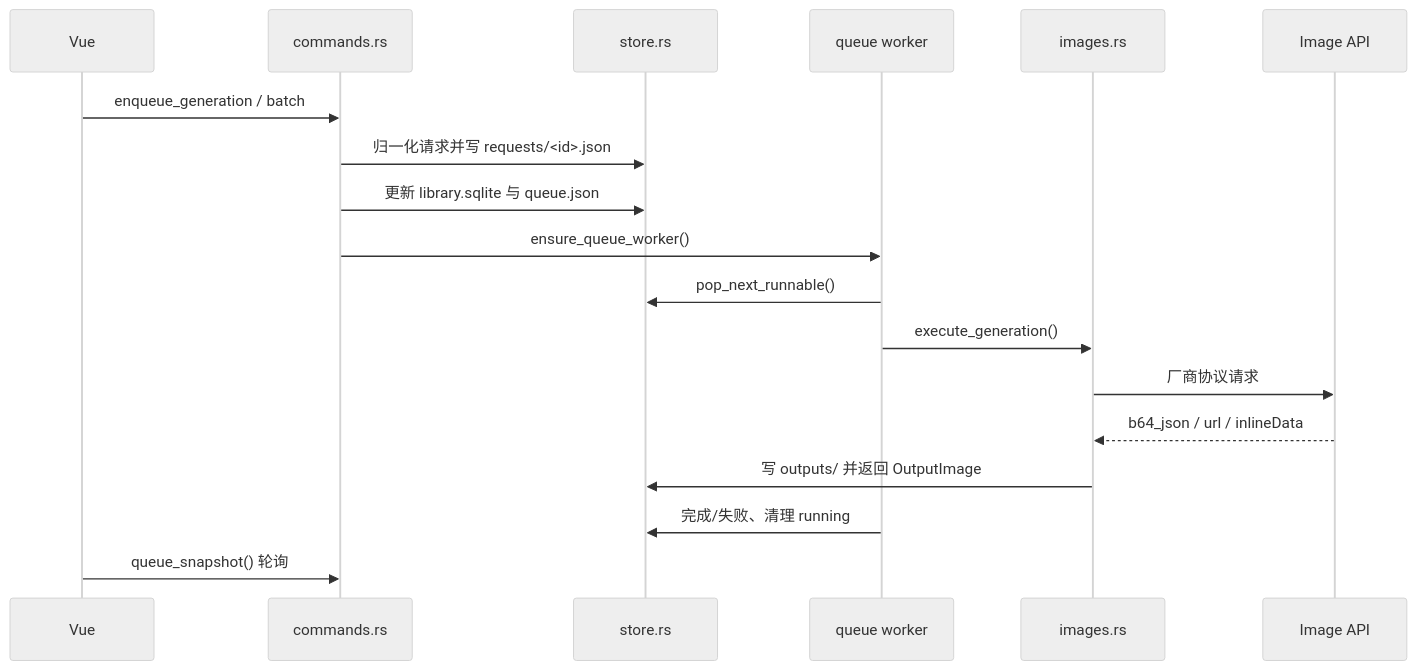
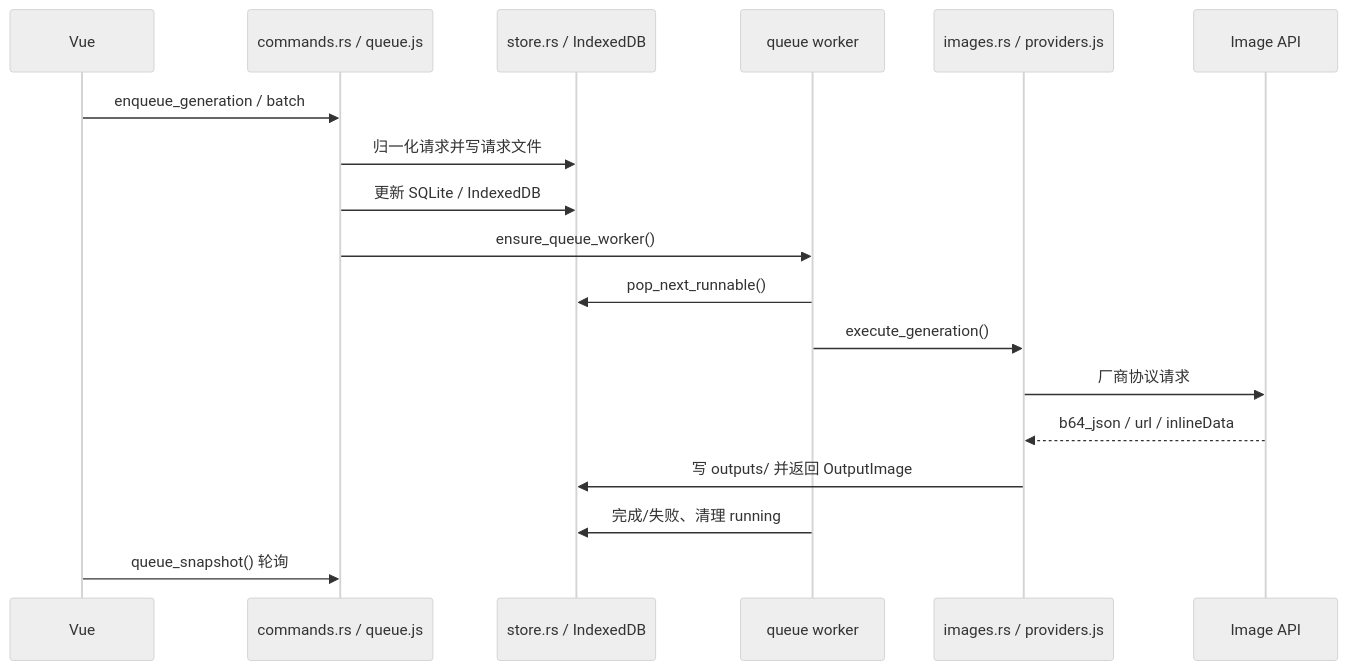
The third of 3 diagrams in docs/technical-design.md (Tairraos/image-forge), drawn with Mermaid (neutral theme) before and after one commit. The commit also changed other lines of this file, not shown here.

````diff
--- a/docs/technical-design.md
+++ b/docs/technical-design.md
@@ -179,21 +234,21 @@
 ```mermaid
 sequenceDiagram
   participant UI as Vue
-  participant Cmd as commands.rs
-  participant Store as store.rs
+  participant Cmd as commands.rs / queue.js
+  participant Store as store.rs / IndexedDB
   participant Worker as queue worker
-  participant Images as images.rs
+  participant Images as images.rs / providers.js
   participant API as Image API
 
   UI->>Cmd: enqueue_generation / batch
-  Cmd->>Store: 归一化请求并写 requests/<id>.json
-  Cmd->>Store: 更新 library.sqlite 与 queue.json
+  Cmd->>Store: 归一化请求并写请求文件
+  Cmd->>Store: 更新 SQLite / IndexedDB
   Cmd->>Worker: ensure_queue_worker()
   Worker->>Store: pop_next_runnable()
   Worker->>Images: execute_generation()
   Images->>API: 厂商协议请求
   API-->>Images: b64_json / url / inlineData
   Images->>Store: 写 outputs/ 并返回 OutputImage
   Worker->>Store: 完成/失败、清理 running
   UI->>Cmd: queue_snapshot() 轮询
 ```
````
